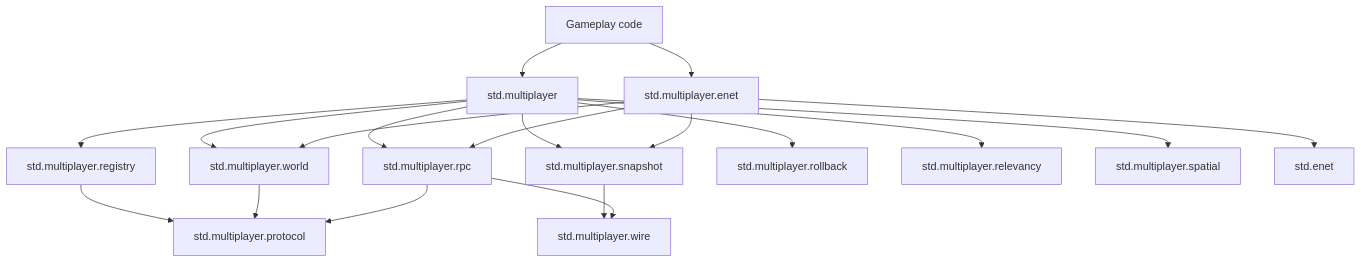
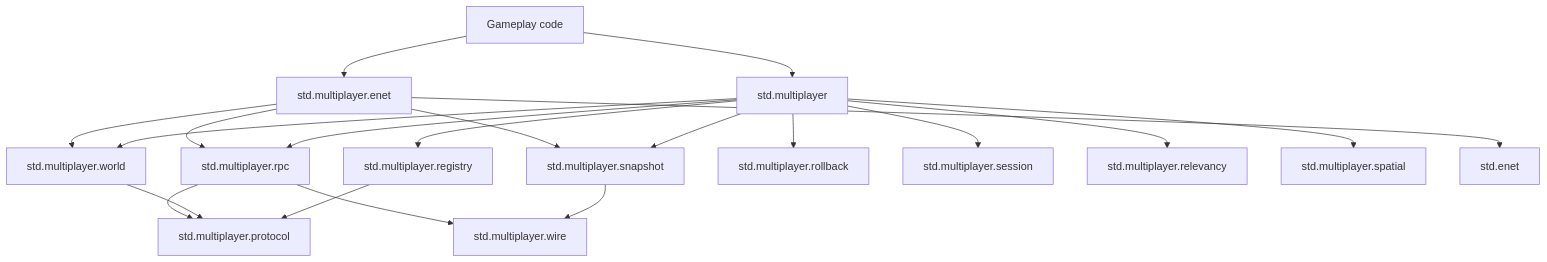
One commit to teefan/mt-lang changed the diagram in docs/multiplayer-standard-library.md. Above: the diagram before and after it, drawn with Mermaid. The commit also changed other lines of this file and 13 other files, not shown here.

First line of the commit message:
Implement multiplayer session management and rollback reconciliation

````diff
--- a/docs/multiplayer-standard-library.md
+++ b/docs/multiplayer-standard-library.md
@@ -10,35 +10,37 @@
 ```mermaid
 flowchart TD
     gameplay[Gameplay code]
     root[std.multiplayer]
     enet_backend[std.multiplayer.enet]
     registry[std.multiplayer.registry]
     world[std.multiplayer.world]
     rpc[std.multiplayer.rpc]
     snapshot[std.multiplayer.snapshot]
     rollback[std.multiplayer.rollback]
+    session[std.multiplayer.session]
     relevancy[std.multiplayer.relevancy]
     spatial[std.multiplayer.spatial]
     wire[std.multiplayer.wire]
     protocol[std.multiplayer.protocol]
     std_enet[std.enet]
 
     gameplay --> root
     gameplay --> enet_backend
     root --> registry
     root --> world
     root --> rpc
     root --> snapshot
     root --> rollback
+    root --> session
     root --> relevancy
     root --> spatial
     snapshot --> wire
     rpc --> wire
     enet_backend --> std_enet
     enet_backend --> world
     enet_backend --> rpc
     enet_backend --> snapshot
     registry --> protocol
     world --> protocol
     rpc --> protocol
 ```
````
